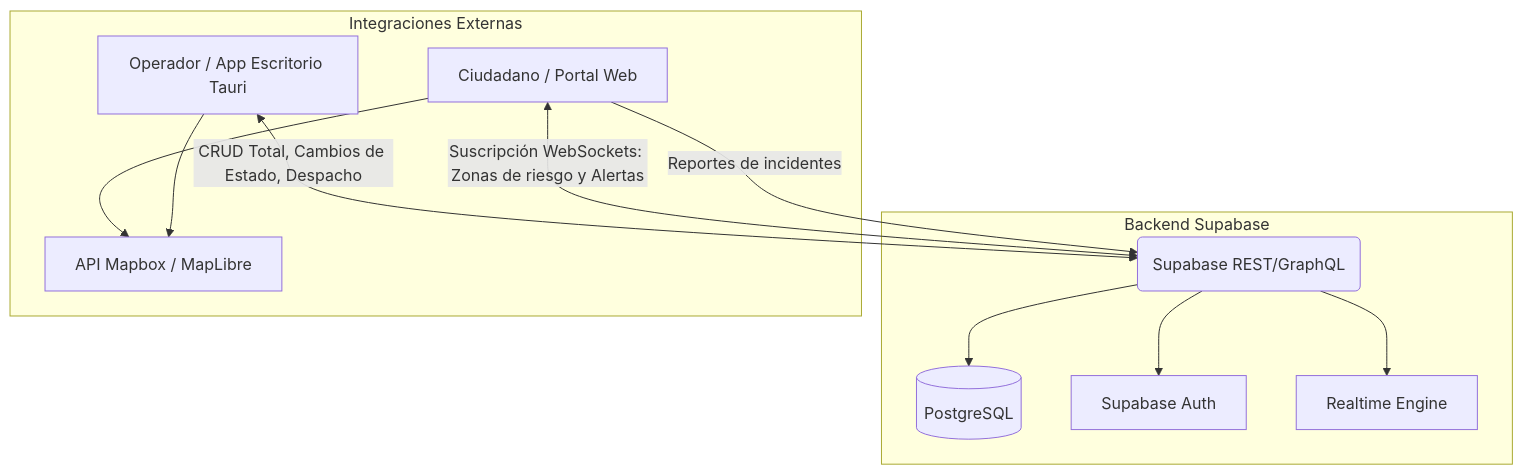
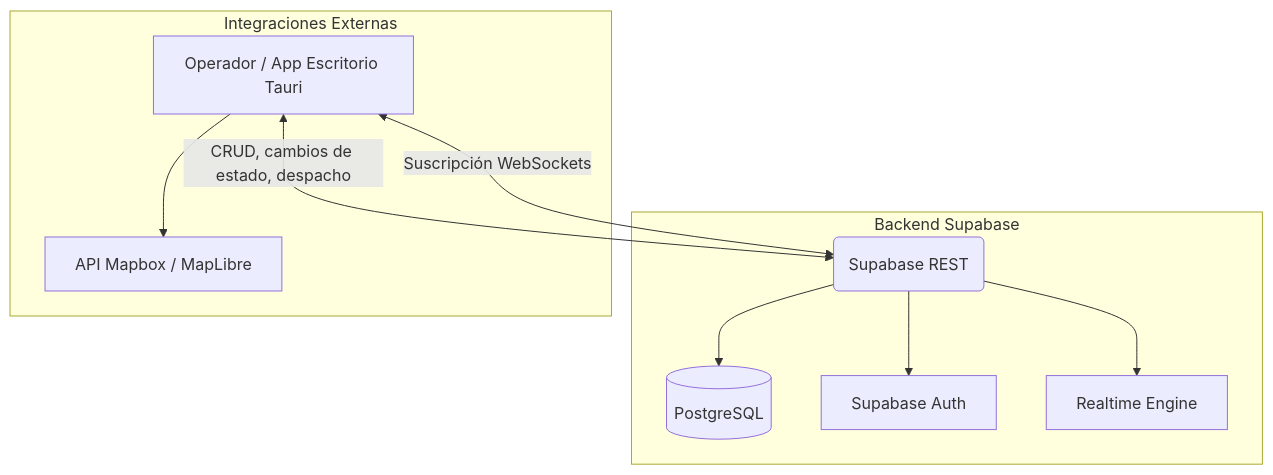
The diagram in SPEC.md (JuanJoseP-B/APP-ESCRITORIO-MESA_DE_CRISIS-Di), drawn with Mermaid before and after one commit. The commit also changed other lines of this file and 2 other files, not shown here.

First line of the commit message:
docs: actualiza SPEC.md y CLAUDE.md al pivote 100 % escritorio

````diff
--- a/SPEC.md
+++ b/SPEC.md
@@ -17,17 +18,15 @@
 ```mermaid
 graph TD
-    A[Ciudadano / Portal Web] -->|Reportes de incidentes| B(Supabase REST/GraphQL)
-    A <-->|Suscripción WebSockets: Zonas de riesgo y Alertas| B
-    C[Operador / App Escritorio Tauri] <-->|CRUD Total, Cambios de Estado, Despacho| B
-    
+    C[Operador / App Escritorio Tauri] <-->|CRUD, cambios de estado, despacho| B(Supabase REST)
+    C <-->|Suscripción WebSockets| B
+
     subgraph Backend Supabase
         B --> D[(PostgreSQL)]
         B --> E[Supabase Auth]
         B --> F[Realtime Engine]
     end
-    
+
     subgraph Integraciones Externas
         C --> G[API Mapbox / MapLibre]
-        A --> G
     end
 ```
````
